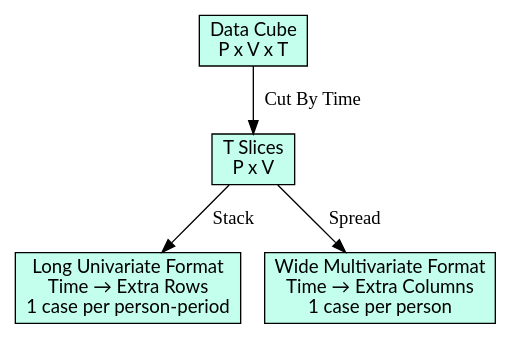
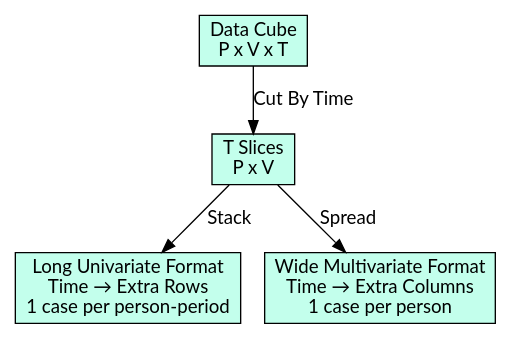
Before and after one commit to sjpierce/FMD2026: the second of 7 diagrams in Slides.qmd, drawn with Graphviz. The commit also changed other lines of this file, not shown here.

````diff
--- a/Slides.qmd
+++ b/Slides.qmd
@@ -636,17 +707,19 @@
 ```{dot}
 //| fig-width: 9
 //| fig-height: 5
 
 digraph CutCube {
 rankdir="TB";
 
 node [shape = "box", style= "filled", fontname="Lato", fillcolor = "#C3FFEC"]
 Cube [label = "Data Cube\nP x V x T"]
 Slices [label = "T Slices\n P x V"]
 Long [label = "Long Univariate Format\nTime → Extra Rows\n1 case per person-period"]
 Wide [label = "Wide Multivariate Format\nTime → Extra Columns\n1 case per person"]
+
+edge [fontname="Lato"]
 Cube -> Slices [label = "Cut By Time"]
 Slices -> Long [label = "Stack"]
 Slices -> Wide [label = "Spread"]
 }
 ```
````
